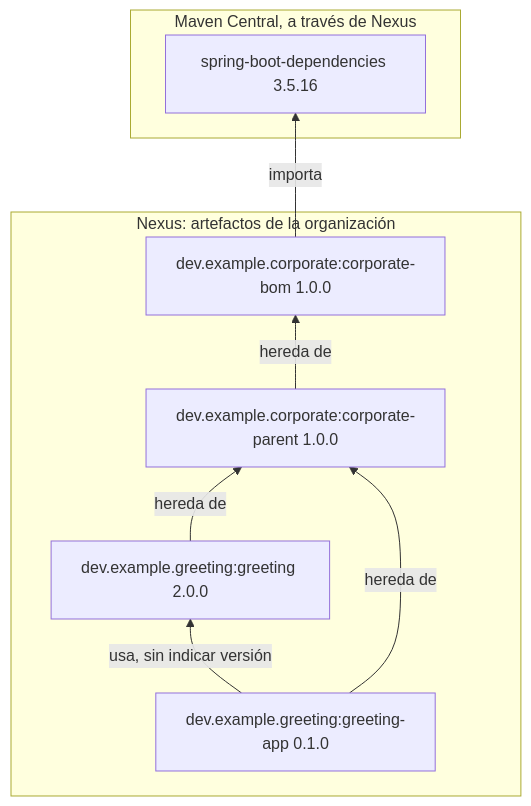
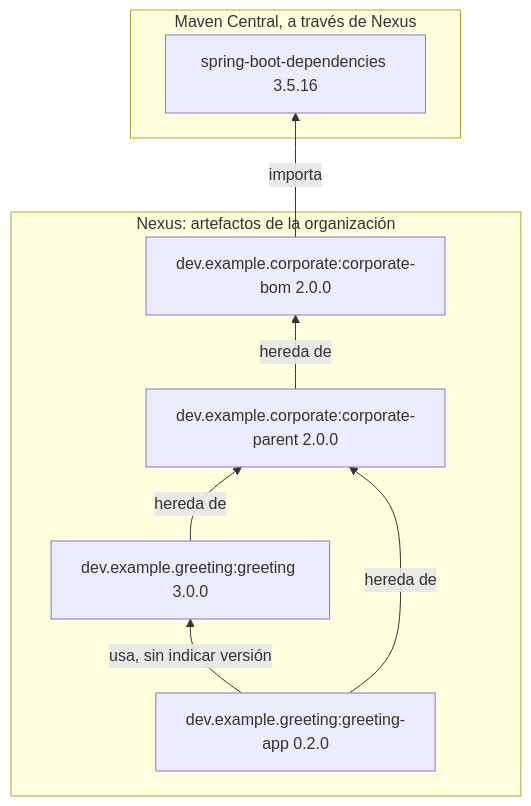
The first of 4 diagrams in README.md (IAAA-Lab/maven-corporate-pom), drawn with Mermaid before and after one commit. The commit also changed other lines of this file, not shown here.

````diff
--- a/README.md
+++ b/README.md
@@ -67,18 +72,18 @@
 ```mermaid
 flowchart BT
     subgraph external["Maven Central, a través de Nexus"]
         bootBom["spring-boot-dependencies 3.5.16"]
     end
     subgraph internal["Nexus: artefactos de la organización"]
-        bom["dev.example.corporate:corporate-bom 1.0.0"]
-        parent["dev.example.corporate:corporate-parent 1.0.0"]
-        library["dev.example.greeting:greeting 2.0.0"]
-        app["dev.example.greeting:greeting-app 0.1.0"]
+        bom["dev.example.corporate:corporate-bom 2.0.0"]
+        parent["dev.example.corporate:corporate-parent 2.0.0"]
+        library["dev.example.greeting:greeting 3.0.0"]
+        app["dev.example.greeting:greeting-app 0.2.0"]
     end
 
     bom -->|"importa"| bootBom
     parent -->|"hereda de"| bom
     library -->|"hereda de"| parent
     app -->|"hereda de"| parent
     app -->|"usa, sin indicar versión"| library
 ```
````
